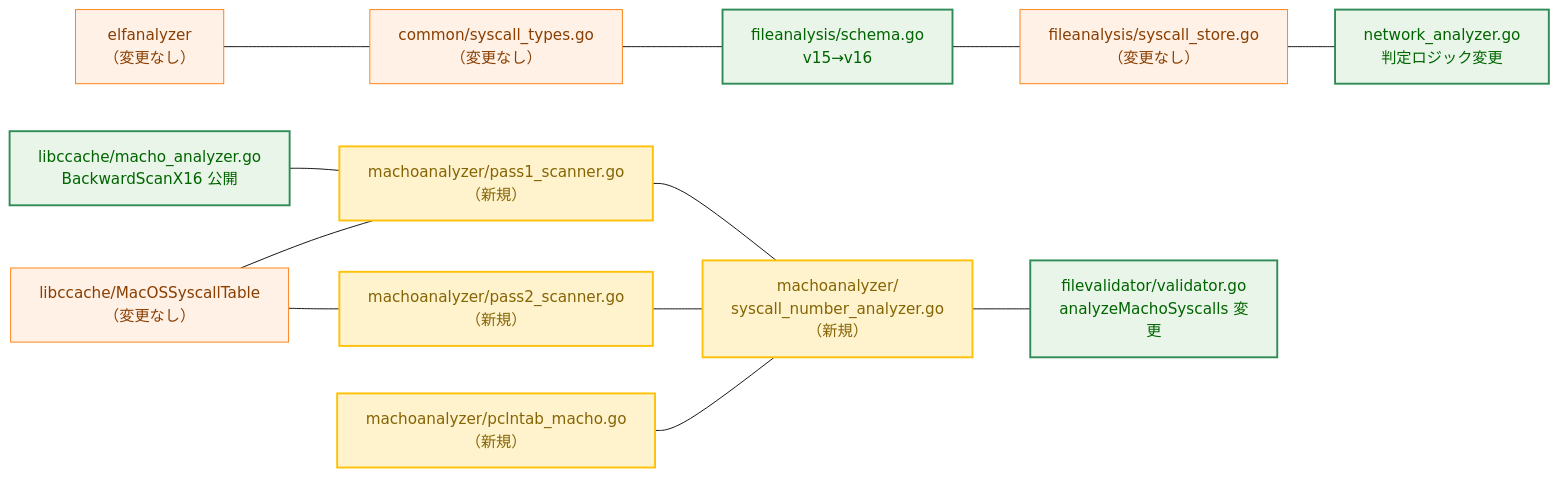
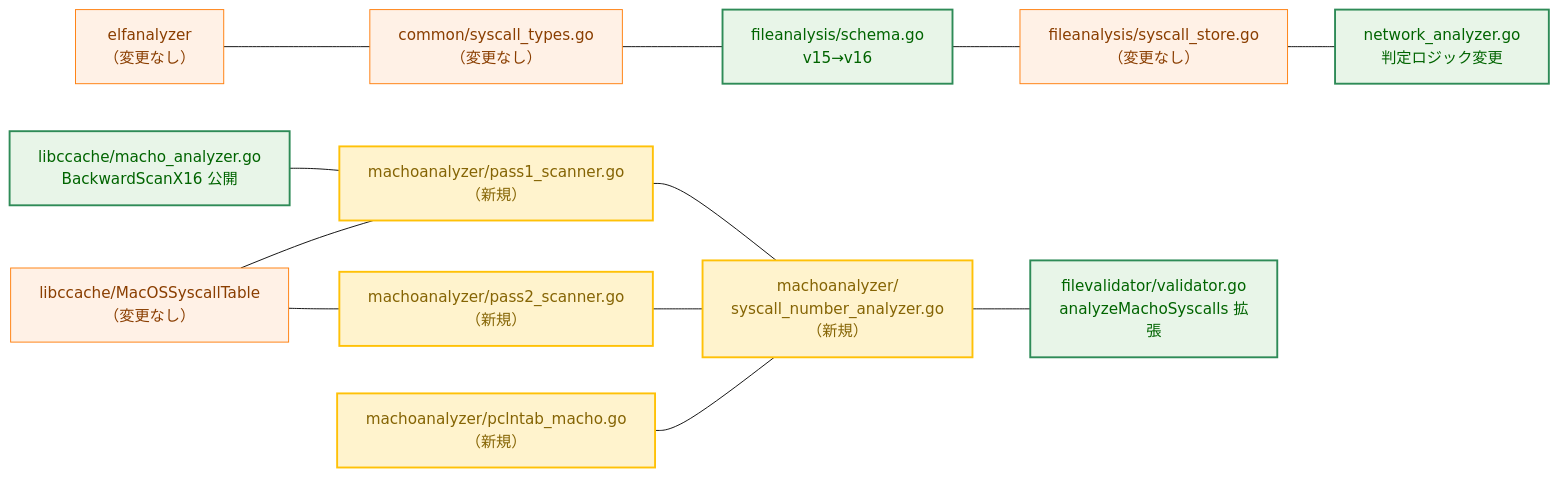
One commit to isseis/go-safe-cmd-runner changed the seventh of 7 diagrams in docs/tasks/0104_macho_syscall_number_analysis/02_architecture.md. Above: the diagram before and after it, drawn with Mermaid (base theme). The commit also changed other lines of this file and 2 other files, not shown here.

````diff
--- a/docs/tasks/0104_macho_syscall_number_analysis/02_architecture.md
+++ b/docs/tasks/0104_macho_syscall_number_analysis/02_architecture.md
@@ -308,22 +317,22 @@
 ```mermaid
 graph LR
     classDef changed fill:#e8f5e8,stroke:#2e8b57,stroke-width:2px,color:#006400;
     classDef new fill:#fff3cd,stroke:#ffc107,stroke-width:2px,color:#856404;
     classDef unchanged fill:#fff1e6,stroke:#ff7f0e,stroke-width:1px,color:#8a3e00;
 
     ELF["elfanalyzer<br>（変更なし）"] --- COMMON["common/syscall_types.go<br>（変更なし）"]
     COMMON --- FSA["fileanalysis/schema.go<br>v15→v16"]
     FSA --- STORE["fileanalysis/syscall_store.go<br>（変更なし）"]
     STORE --- NA["network_analyzer.go<br>判定ロジック変更"]
     LC["libccache/macho_analyzer.go<br>BackwardScanX16 公開"] --- P1["machoanalyzer/pass1_scanner.go<br>（新規）"]
     LC2["libccache/MacOSSyscallTable<br>（変更なし）"] --- P1
     LC2 --- P2["machoanalyzer/pass2_scanner.go<br>（新規）"]
     P1 --- ANALY["machoanalyzer/<br>syscall_number_analyzer.go<br>（新規）"]
     P2 --- ANALY
     PT["machoanalyzer/pclntab_macho.go<br>（新規）"] --- ANALY
-    ANALY --- FVAL["filevalidator/validator.go<br>analyzeMachoSyscalls 変更"]
+    ANALY --- FVAL["filevalidator/validator.go<br>analyzeMachoSyscalls 拡張"]
 
     class FSA,NA,FVAL,LC changed;
     class ANALY,P1,P2,PT new;
     class ELF,COMMON,STORE,LC2 unchanged;
 ```
````
